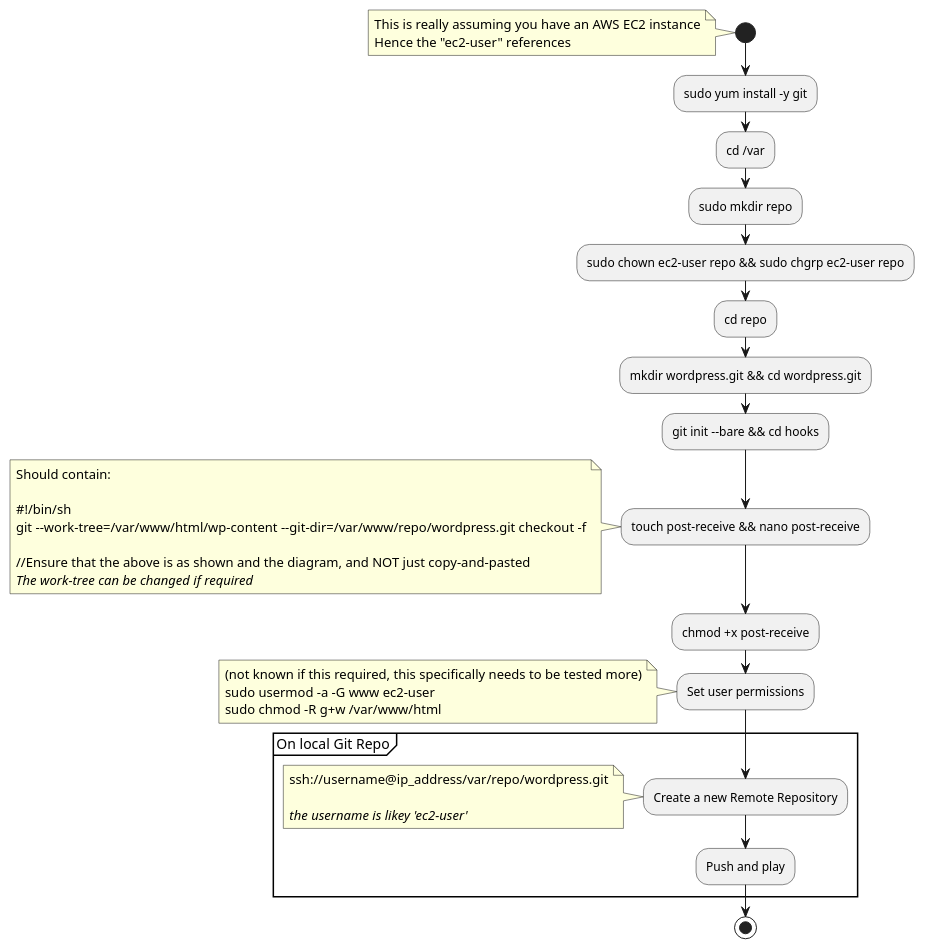
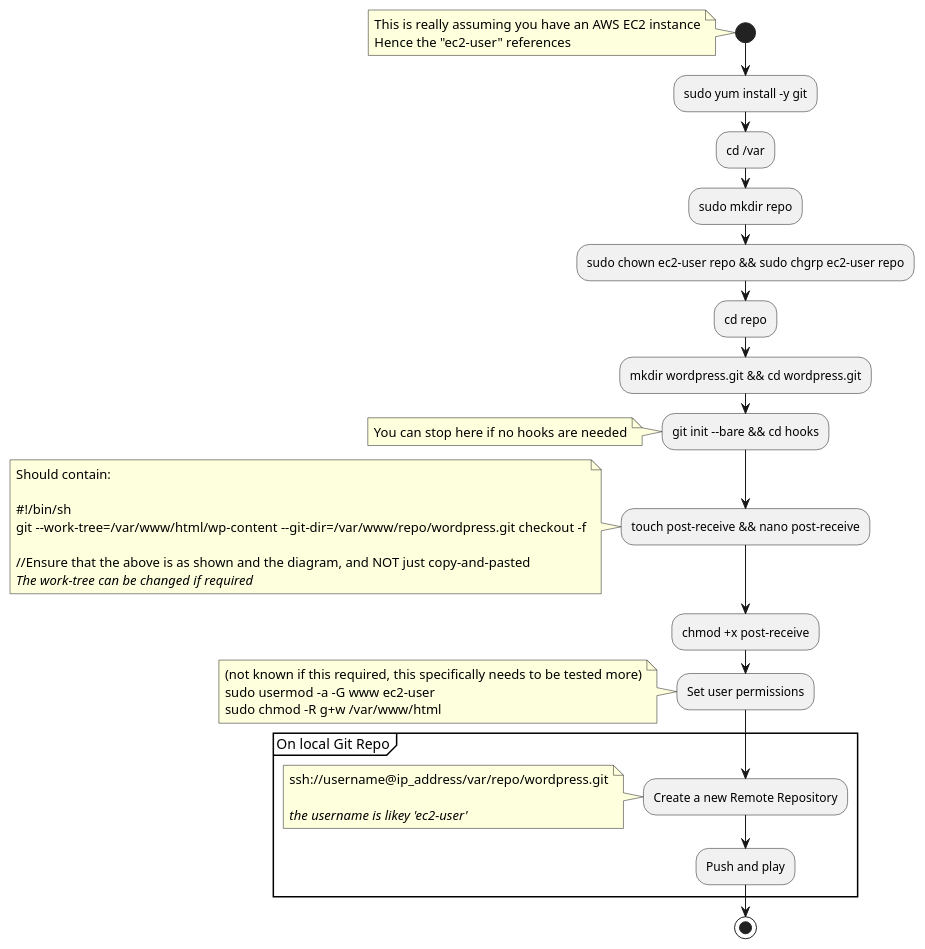
Before and after one commit to absolve-dev/project-absol: the diagram in dev-ops/Creating a Remote Git Repo.plantuml, drawn with PlantUML.

Commit message:
add note in repo creation to say that no more work is necessary if no hooks are required

```diff
--- a/dev-ops/Creating a Remote Git Repo.plantuml
+++ b/dev-ops/Creating a Remote Git Repo.plantuml
@@ -1,42 +1,45 @@
 @startuml
 start
   note
     This is really assuming you have an AWS EC2 instance
     Hence the "ec2-user" references
   end note
 :sudo yum install -y git;
 :cd /var;
 :sudo mkdir repo;
 :sudo chown ec2-user repo && sudo chgrp ec2-user repo;
 :cd repo;
 :mkdir wordpress.git && cd wordpress.git;
 :git init --bare && cd hooks;
+  note
+    You can stop here if no hooks are needed
+  end note
 :touch post-receive && nano post-receive;
   note
     Should contain:
 
     ~#!/bin/sh
     git ~--work-tree=/var/www/html/wp-content --git-dir=/var/www/repo/wordpress.git checkout -f
 
     //Ensure that the above is as shown and the diagram, and NOT just copy-and-pasted
     //The work-tree can be changed if required//
   end note
 :chmod +x post-receive;
 :Set user permissions;
 note
   (not known if this required, this specifically needs to be tested more)
   sudo usermod -a -G www ec2-user
   sudo chmod -R g+w /var/www/html
 end note
 partition "On local Git Repo"{
   :Create a new Remote Repository;
     note
       ssh://username@ip_address/var/repo/wordpress.git
 
       //the username is likey 'ec2-user'//
     end note
   :Push and play;
 }
 stop
 
 @enduml
```
